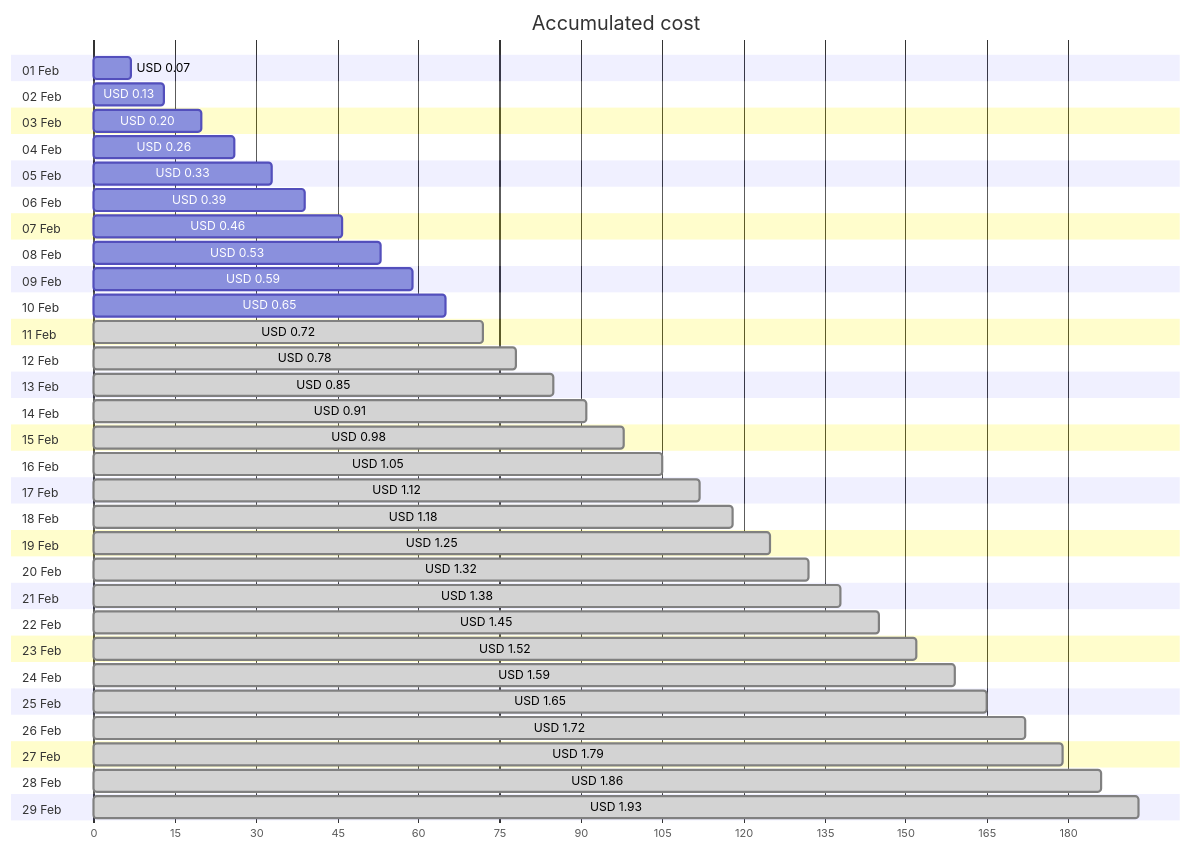
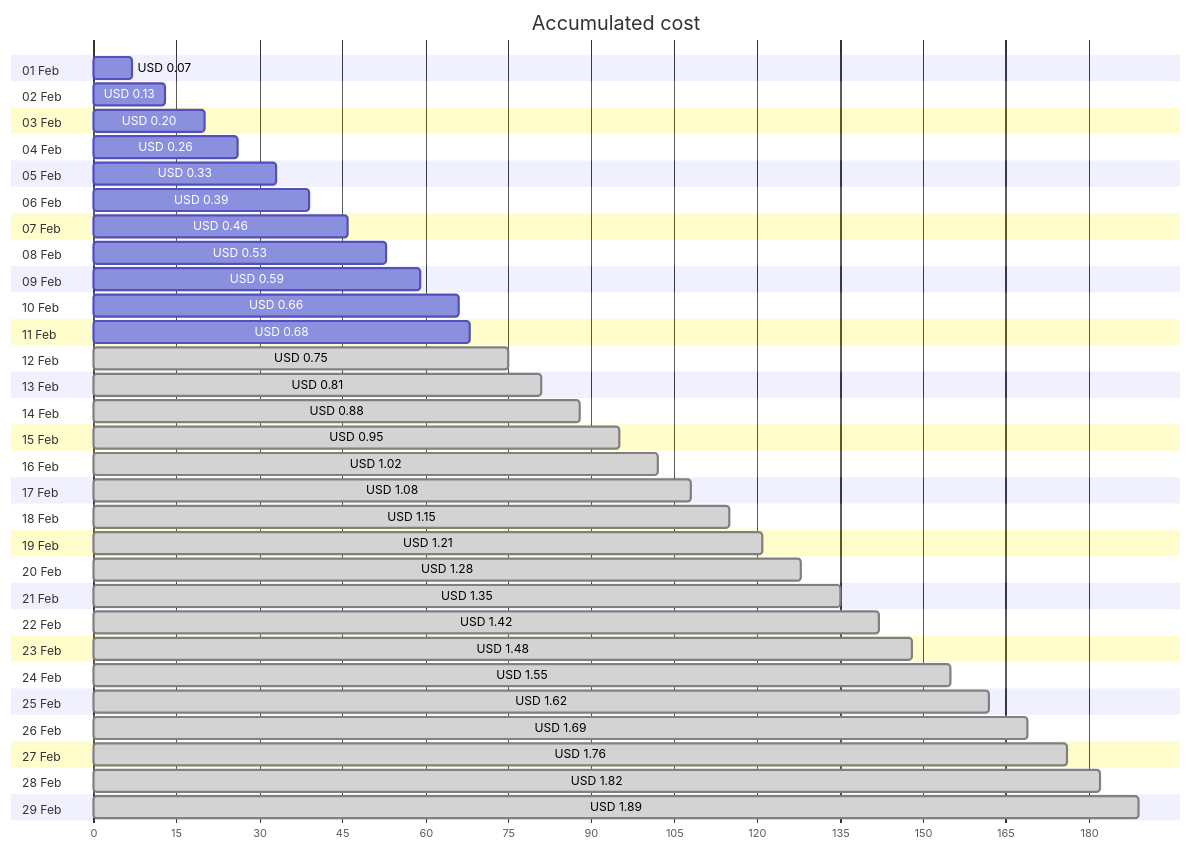
The first of 4 diagrams in cost-reports/personal-network/vpn-server_OsDisk.md (jpfulton/azure-personal-reports), drawn with Mermaid before and after one commit. The commit also changed other lines of this file and 8 other files, not shown here.

````diff
--- a/cost-reports/personal-network/vpn-server_OsDisk.md
+++ b/cost-reports/personal-network/vpn-server_OsDisk.md
@@ -20,64 +20,64 @@
 ```mermaid
 gantt
    title Accumulated cost
    dateFormat  X
    axisFormat %s
    section 01 Feb
    USD 0.07 :0, 7
    section 02 Feb
    USD 0.13 :0, 13
    section 03 Feb
    USD 0.20 :0, 20
    section 04 Feb
    USD 0.26 :0, 26
    section 05 Feb
    USD 0.33 :0, 33
    section 06 Feb
    USD 0.39 :0, 39
    section 07 Feb
    USD 0.46 :0, 46
    section 08 Feb
    USD 0.53 :0, 53
    section 09 Feb
    USD 0.59 :0, 59
    section 10 Feb
-   USD 0.65 :0, 65
+   USD 0.66 :0, 66
    section 11 Feb
-   USD 0.72 : done, 0, 72
+   USD 0.68 :0, 68
    section 12 Feb
-   USD 0.78 : done, 0, 78
+   USD 0.75 : done, 0, 75
    section 13 Feb
-   USD 0.85 : done, 0, 85
+   USD 0.81 : done, 0, 81
    section 14 Feb
-   USD 0.91 : done, 0, 91
+   USD 0.88 : done, 0, 88
    section 15 Feb
-   USD 0.98 : done, 0, 98
+   USD 0.95 : done, 0, 95
    section 16 Feb
-   USD 1.05 : done, 0, 105
+   USD 1.02 : done, 0, 102
    section 17 Feb
-   USD 1.12 : done, 0, 112
+   USD 1.08 : done, 0, 108
    section 18 Feb
-   USD 1.18 : done, 0, 118
+   USD 1.15 : done, 0, 115
    section 19 Feb
-   USD 1.25 : done, 0, 125
+   USD 1.21 : done, 0, 121
    section 20 Feb
-   USD 1.32 : done, 0, 132
+   USD 1.28 : done, 0, 128
    section 21 Feb
-   USD 1.38 : done, 0, 138
+   USD 1.35 : done, 0, 135
    section 22 Feb
-   USD 1.45 : done, 0, 145
+   USD 1.42 : done, 0, 142
    section 23 Feb
-   USD 1.52 : done, 0, 152
+   USD 1.48 : done, 0, 148
    section 24 Feb
-   USD 1.59 : done, 0, 159
+   USD 1.55 : done, 0, 155
    section 25 Feb
-   USD 1.65 : done, 0, 165
+   USD 1.62 : done, 0, 162
    section 26 Feb
-   USD 1.72 : done, 0, 172
+   USD 1.69 : done, 0, 169
    section 27 Feb
-   USD 1.79 : done, 0, 179
+   USD 1.76 : done, 0, 176
    section 28 Feb
-   USD 1.86 : done, 0, 186
+   USD 1.82 : done, 0, 182
    section 29 Feb
-   USD 1.93 : done, 0, 193
+   USD 1.89 : done, 0, 189
 ```
````
